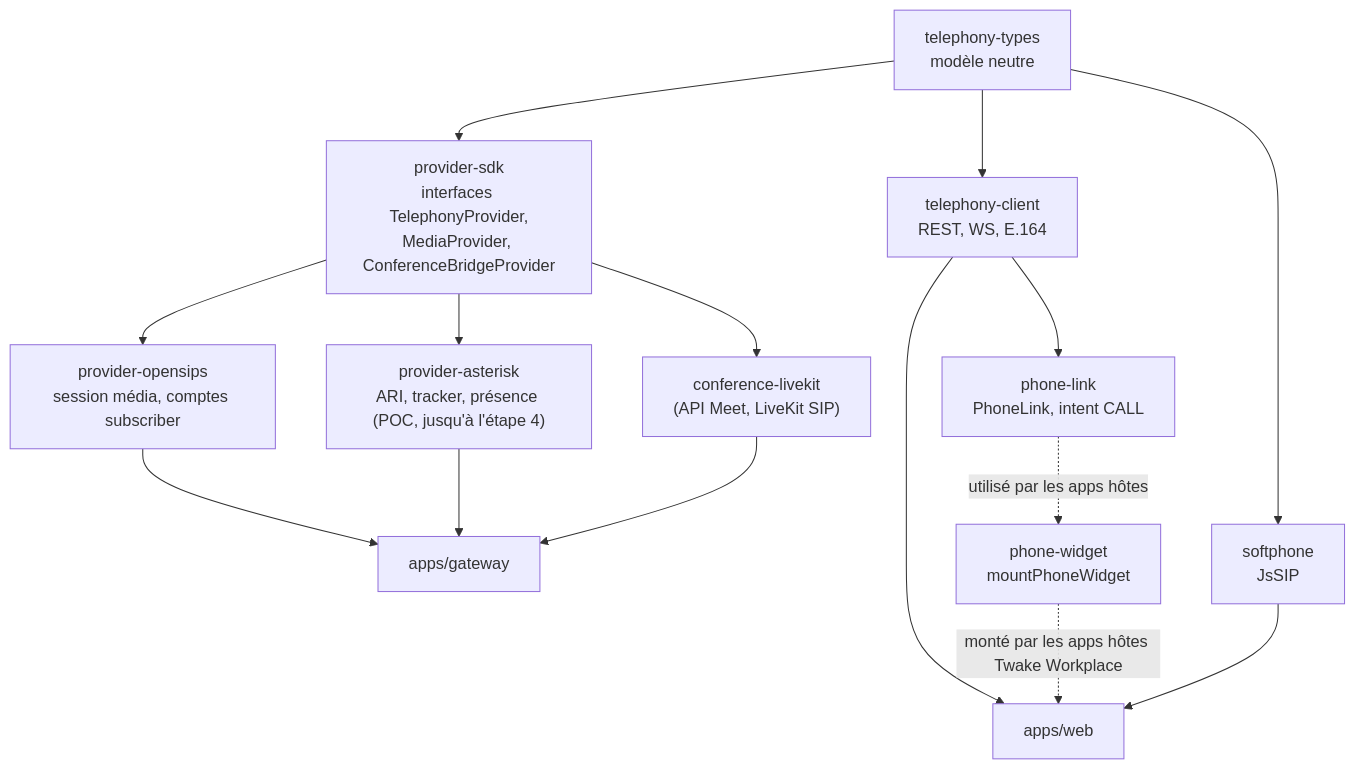
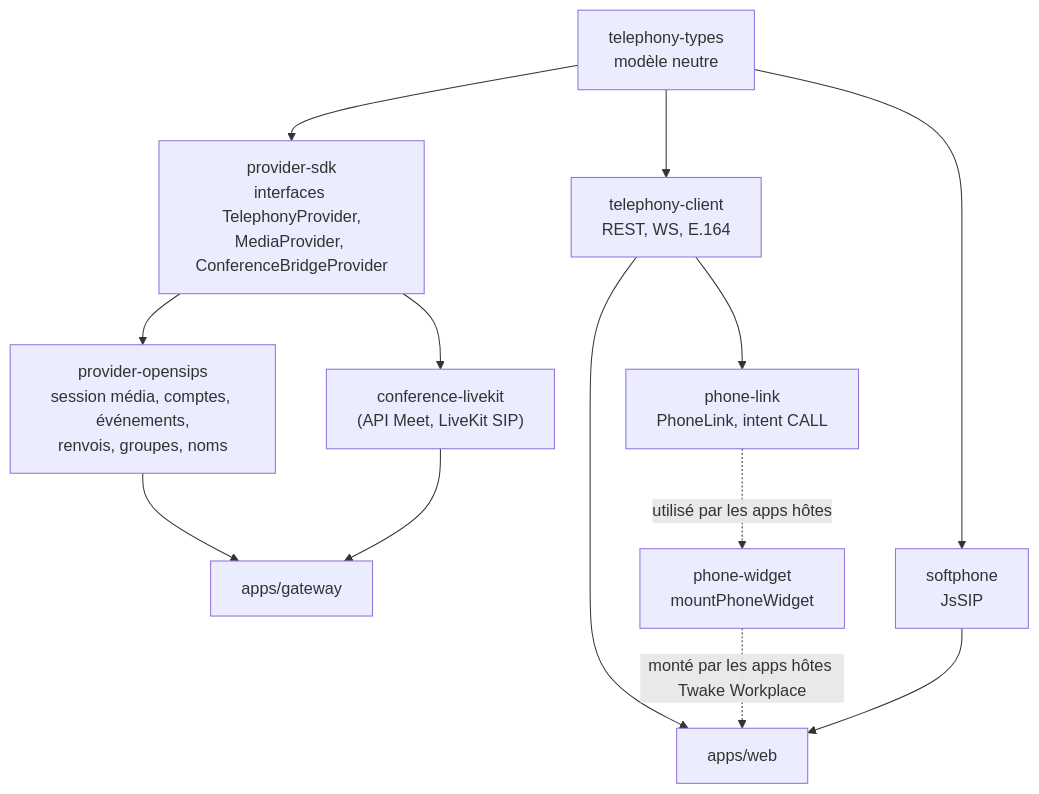
The second of 3 diagrams in docs/ARCHITECTURE.md (linagora/twake-phone), drawn with Mermaid before and after one commit. The commit also changed other lines of this file and 53 other files, not shown here.

````diff
--- a/docs/ARCHITECTURE.md
+++ b/docs/ARCHITECTURE.md
@@ -58,28 +58,25 @@
 ```mermaid
 flowchart TB
   types["telephony-types<br/>modèle neutre"]
   sdk["provider-sdk<br/>interfaces TelephonyProvider,<br/>MediaProvider, ConferenceBridgeProvider"]
-  os["provider-opensips<br/>session média, comptes subscriber"]
-  ast["provider-asterisk<br/>ARI, tracker, présence (POC, jusqu'à l'étape 4)"]
+  os["provider-opensips<br/>session média, comptes, événements,<br/>renvois, groupes, noms"]
   lk["conference-livekit<br/>(API Meet, LiveKit SIP)"]
   plink["phone-link<br/>PhoneLink, intent CALL"]
   client["telephony-client<br/>REST, WS, E.164"]
   soft["softphone<br/>JsSIP"]
   widgetlib["phone-widget<br/>mountPhoneWidget"]
   gw["apps/gateway"]
   app["apps/web"]
 
   types --> sdk --> os
-  sdk --> ast
   sdk --> lk
   os --> gw
-  ast --> gw
   lk --> gw
   types --> client
   types --> soft
   client --> app
   soft --> app
   widgetlib -. "monté par les apps hôtes Twake Workplace" .-> app
   plink -. "utilisé par les apps hôtes" .-> widgetlib
   client --> plink
 ```
````
